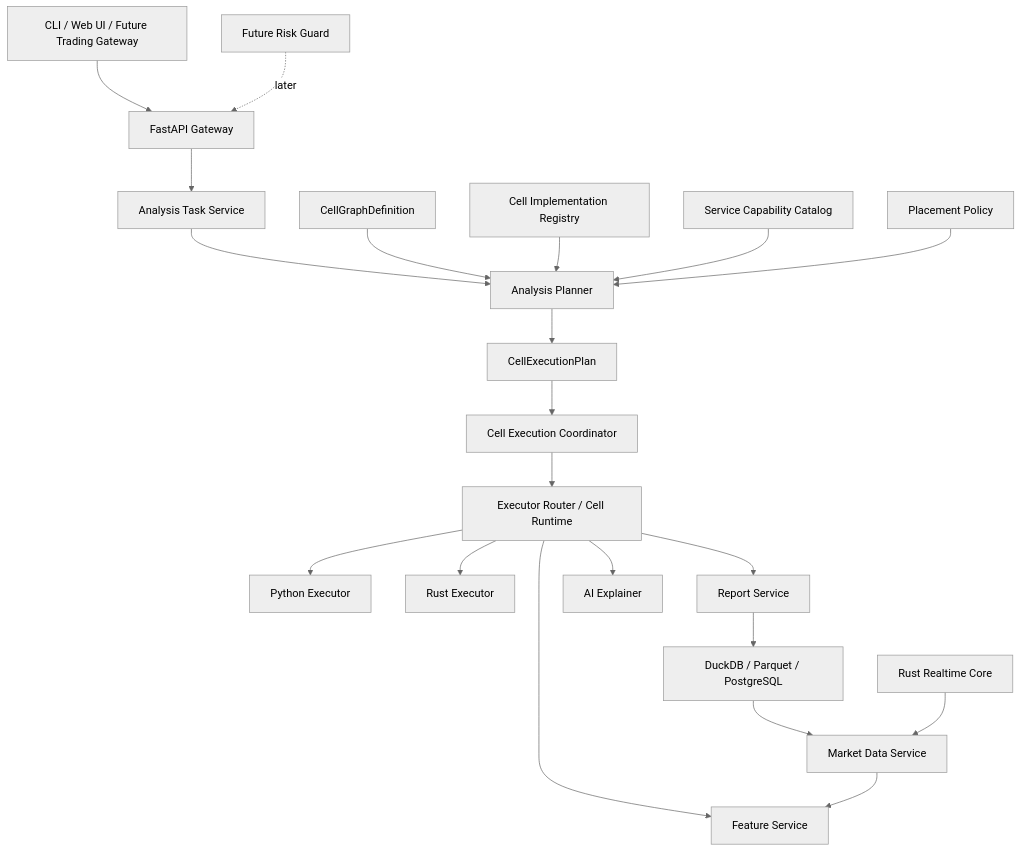
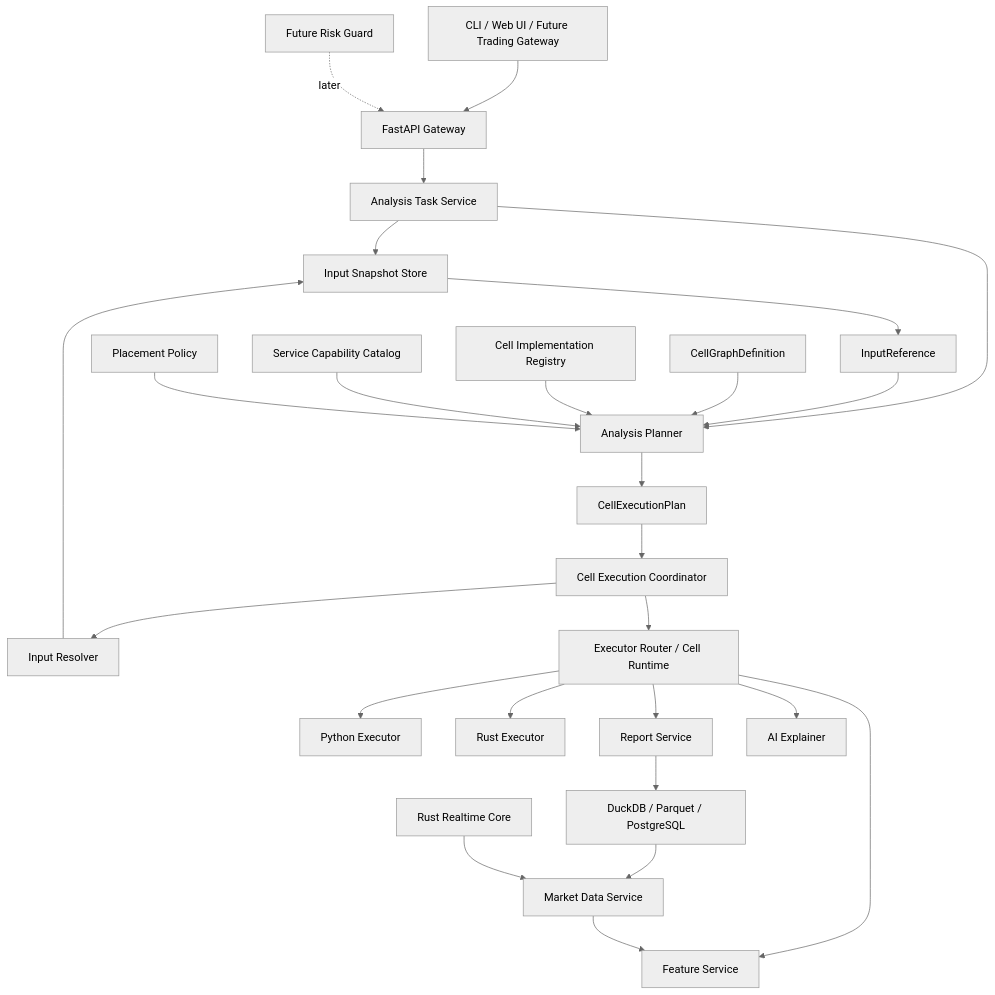
The first of 4 diagrams in docs/backend_architecture.md (ModWU/market-cell), drawn with Mermaid (neutral theme) before and after one commit. The commit also changed other lines of this file and 42 other files, not shown here.

````diff
--- a/docs/backend_architecture.md
+++ b/docs/backend_architecture.md
@@ -33,25 +33,30 @@
 ```mermaid
 flowchart TD
     Client["CLI / Web UI / Future Trading Gateway"] --> API["FastAPI Gateway"]
     API --> Task["Analysis Task Service"]
+    Task --> InputStore["Input Snapshot Store"]
+    InputStore --> InputRef["InputReference"]
     Task --> Planner["Analysis Planner"]
+    InputRef --> Planner
     Graph["CellGraphDefinition"] --> Planner
     Registry["Cell Implementation Registry"] --> Planner
     Catalog["Service Capability Catalog"] --> Planner
     Policy["Placement Policy"] --> Planner
     Planner --> Plan["CellExecutionPlan"]
     Plan --> Coordinator["Cell Execution Coordinator"]
+    Coordinator --> Resolver["Input Resolver"]
+    Resolver --> InputStore
     Coordinator --> Runtime["Executor Router / Cell Runtime"]
     Runtime --> PyExecutor["Python Executor"]
     Runtime --> RustExecutor["Rust Executor"]
     Runtime --> Feature["Feature Service"]
     Runtime --> Report["Report Service"]
     Runtime --> AI["AI Explainer"]
 
     Data["Market Data Service"] --> Feature
     Storage["DuckDB / Parquet / PostgreSQL"] --> Data
     Report --> Storage
 
     Rust["Rust Realtime Core"] --> Data
     Risk["Future Risk Guard"] -. later .-> API
 ```
````
